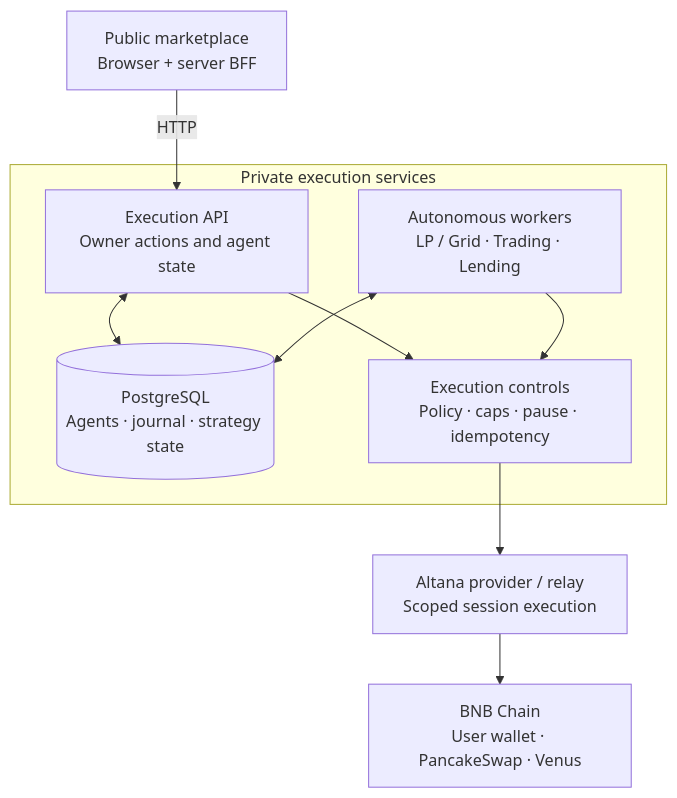
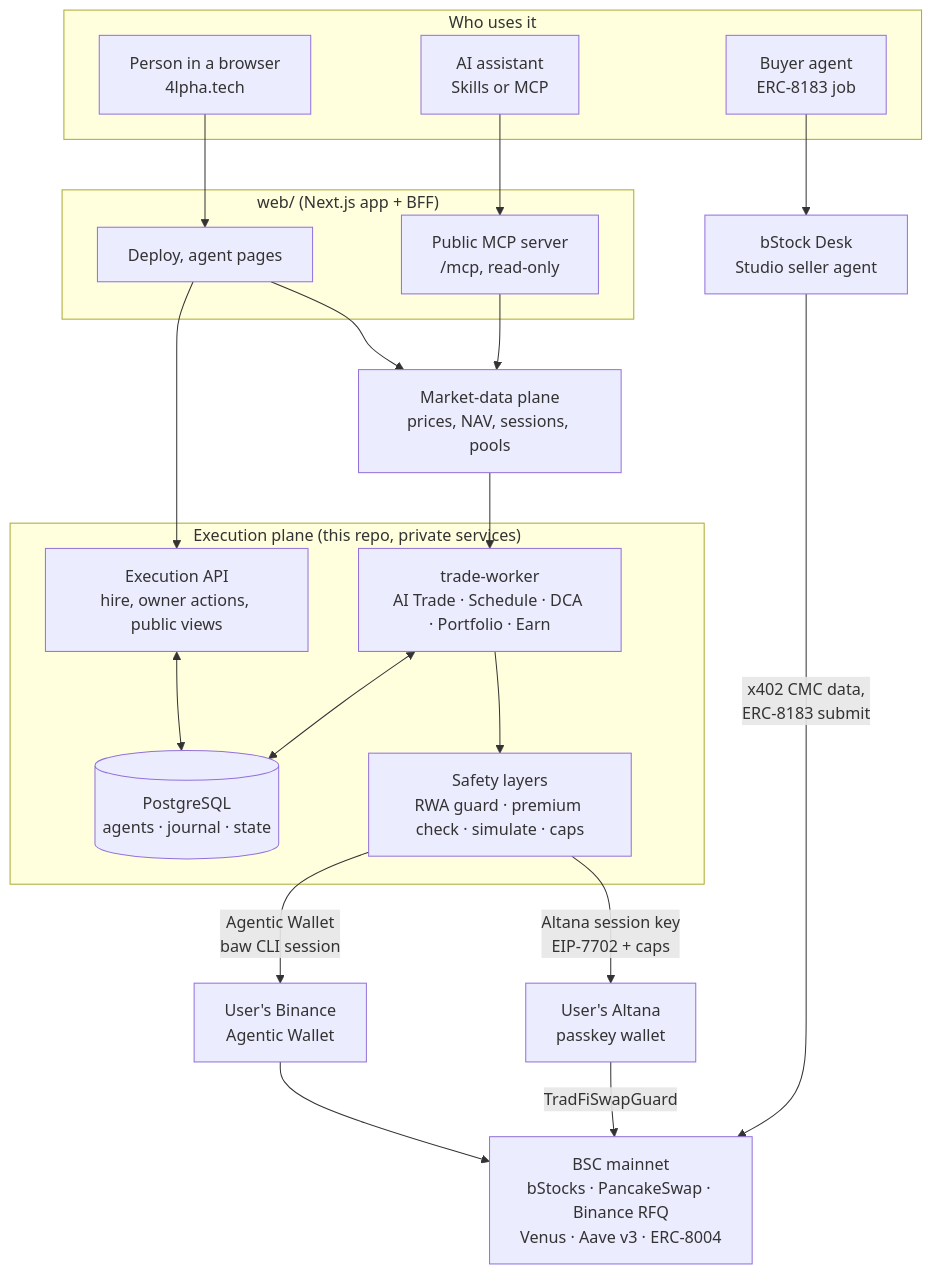
Before and after one commit to 4lphaAI/4lpha-marketplace: the diagram in README.md, drawn with Mermaid. The commit also changed other lines of this file, not shown here.

First line of the commit message:
docs: README for the Tokenized Stocks submission

````diff
--- a/README.md
+++ b/README.md
@@ -103,16 +253,39 @@
 ```mermaid
 flowchart TB
-    W["Public marketplace<br/>Browser + server BFF"] -->|HTTP| A
-    subgraph P["Private execution services"]
-        A["Execution API<br/>Owner actions and agent state"]
-        R["Autonomous workers<br/>LP / Grid · Trading · Lending"]
-        DB[("PostgreSQL<br/>Agents · journal · strategy state")]
-        X["Execution controls<br/>Policy · caps · pause · idempotency"]
-        A <--> DB
-        R <--> DB
-        A --> X
-        R --> X
+    subgraph Users["Who uses it"]
+        U["Person in a browser<br/>4lpha.tech"]
+        AI["AI assistant<br/>Skills or MCP"]
+        B["Buyer agent<br/>ERC-8183 job"]
     end
-    X --> S["Altana provider / relay<br/>Scoped session execution"]
-    S --> C["BNB Chain<br/>User wallet · PancakeSwap · Venus"]
+
+    subgraph Web["web/ (Next.js app + BFF)"]
+        UI["Deploy, agent pages"]
+        MCP["Public MCP server<br/>/mcp, read-only"]
+    end
+
+    D["Market-data plane<br/>prices, NAV, sessions, pools"]
+
+    subgraph Exec["Execution plane (this repo, private services)"]
+        API["Execution API<br/>hire, owner actions, public views"]
+        W["trade-worker<br/>AI Trade · Schedule · DCA · Portfolio · Earn"]
+        G["Safety layers<br/>RWA guard · premium check · simulate · caps"]
+        DB[("PostgreSQL<br/>agents · journal · state")]
+    end
+
+    DESK["bStock Desk<br/>Studio seller agent"]
+
+    U --> UI --> API
+    AI --> MCP
+    MCP --> D
+    UI --> D
+    API <--> DB
+    W <--> DB
+    D --> W
+    W --> G
+    G -->|"Agentic Wallet<br/>baw CLI session"| BAW["User's Binance<br/>Agentic Wallet"]
+    G -->|"Altana session key<br/>EIP-7702 + caps"| ALT["User's Altana<br/>passkey wallet"]
+    BAW --> C["BSC mainnet<br/>bStocks · PancakeSwap · Binance RFQ<br/>Venus · Aave v3 · ERC-8004"]
+    ALT -->|"TradFiSwapGuard"| C
+    B --> DESK
+    DESK -->|"x402 CMC data,<br/>ERC-8183 submit"| C
 ```
````
